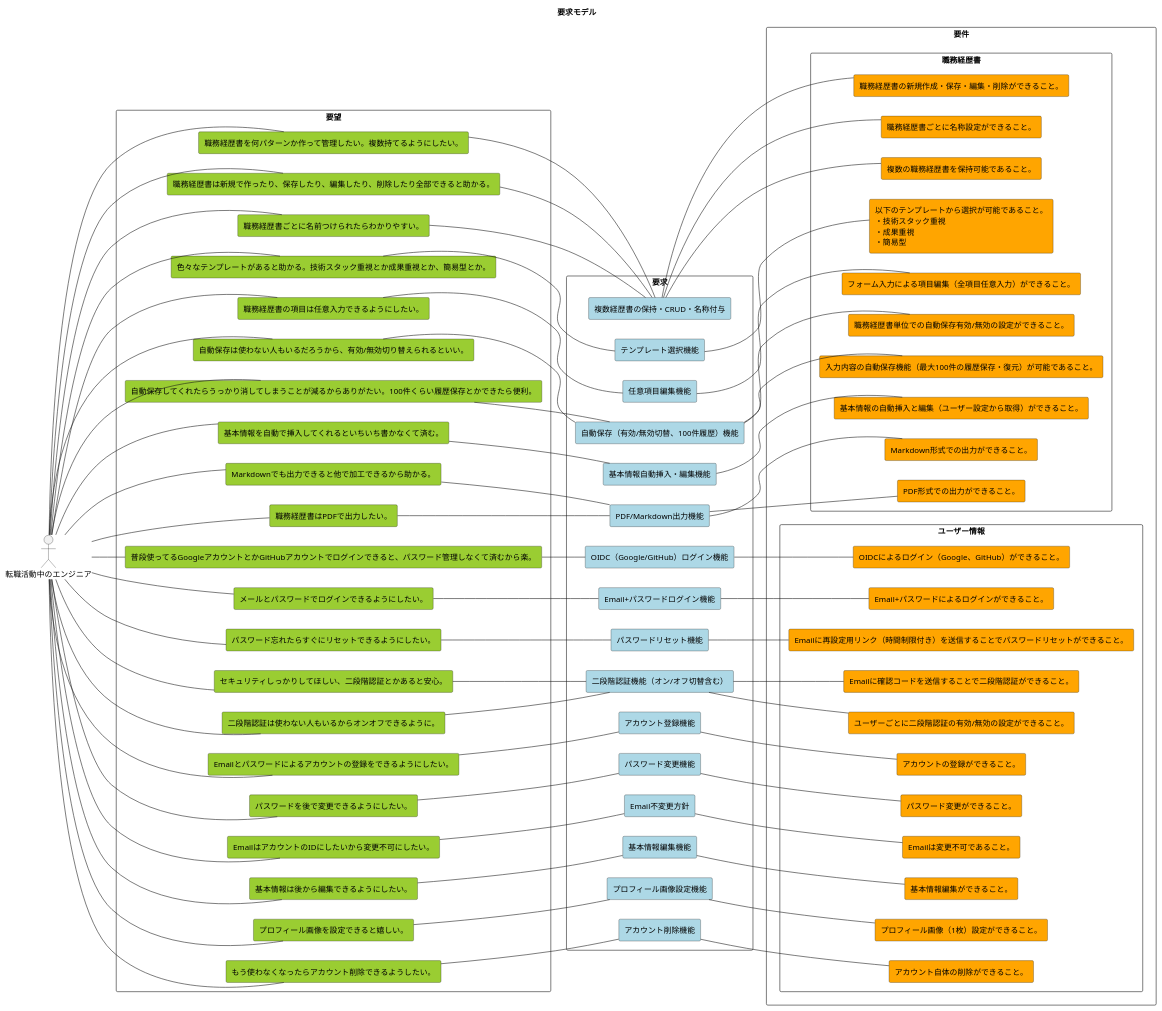
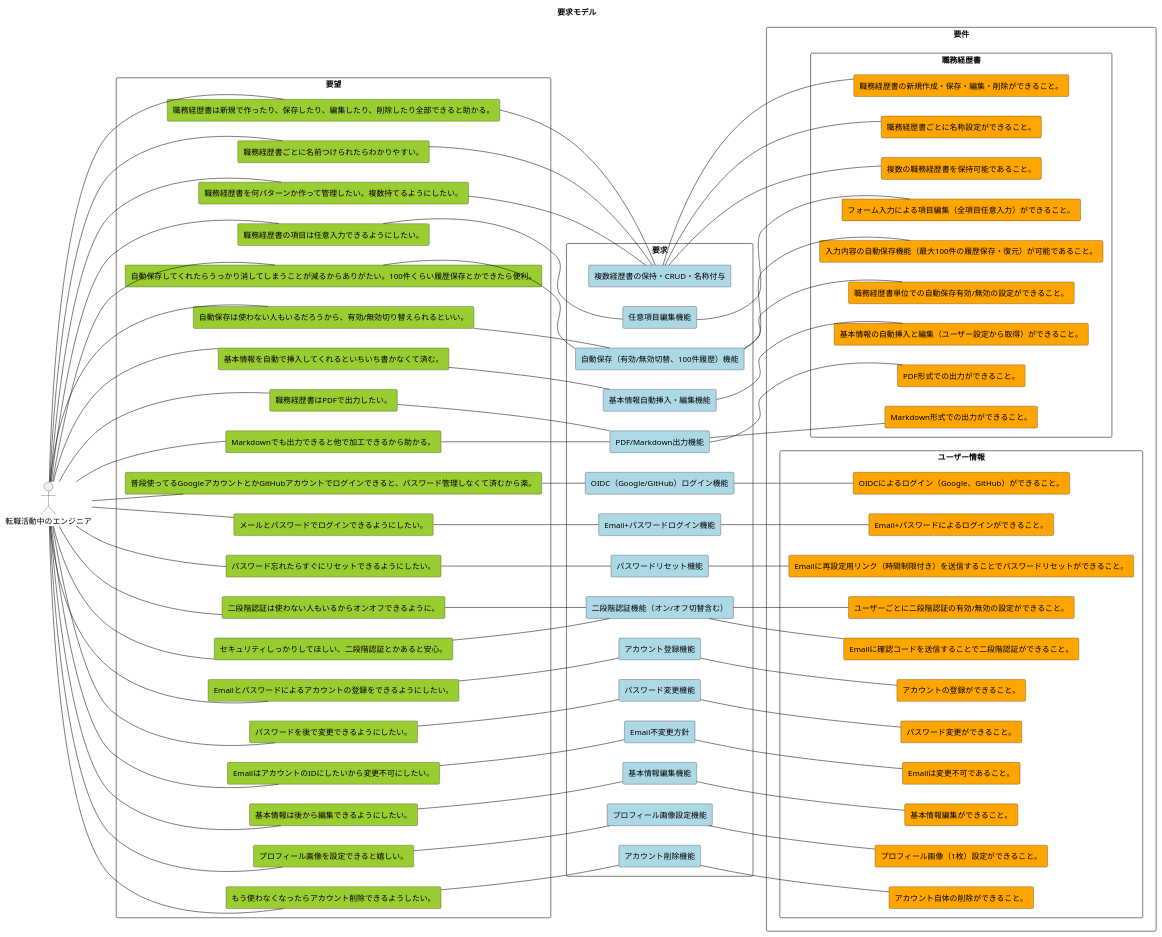
One commit to DogisRiki/KeirekiPro changed the diagram in doc/要求モデル.pu. Above: the diagram before and after it, drawn with PlantUML. The commit also changed 1 other file, not shown here.

```diff
--- a/doc/要求モデル.pu
+++ b/doc/要求モデル.pu
@@ -1,178 +1,178 @@
 @startuml 要求モデル
 
 title 要求モデル
 
 left to right direction
 hide stereotype
 
 skinparam rectangleBackgroundColor<<youbou>> YellowGreen
 skinparam rectangleBackgroundColor<<youkyuu>> LightBlue
 skinparam rectangleBackgroundColor<<youken>> Orange
 
 actor "転職活動中のエンジニア" as user
 
 '---------------------------------------------
 ' 要望
 '---------------------------------------------
 rectangle "要望" {
     rectangle "普段使ってるGoogleアカウントとかGitHubアカウントでログインできると、パスワード管理しなくて済むから楽。" as want_oauth <<youbou>>
     rectangle "メールとパスワードでログインできるようにしたい。" as want_emailpw <<youbou>>
     rectangle "パスワード忘れたらすぐにリセットできるようにしたい。" as want_pwreset <<youbou>>
     rectangle "セキュリティしっかりしてほしい、二段階認証とかあると安心。" as want_2fa <<youbou>>
 
     rectangle "職務経歴書を何パターンか作って管理したい。複数持てるようにしたい。" as want_multi_cv <<youbou>>
     rectangle "職務経歴書は新規で作ったり、保存したり、編集したり、削除したり全部できると助かる。" as want_crud_cv <<youbou>>
     rectangle "職務経歴書ごとに名前つけられたらわかりやすい。" as want_name_cv <<youbou>>
-    rectangle "色々なテンプレートがあると助かる。技術スタック重視とか成果重視とか、簡易型とか。" as want_template_cv <<youbou>>
+    ' rectangle "色々なテンプレートがあると助かる。技術スタック重視とか成果重視とか、簡易型とか。" as want_template_cv <<youbou>>
     rectangle "職務経歴書の項目は任意入力できるようにしたい。" as want_form_cv <<youbou>>
     rectangle "自動保存してくれたらうっかり消してしまうことが減るからありがたい。100件くらい履歴保存とかできたら便利。" as want_autosave_cv <<youbou>>
     rectangle "自動保存は使わない人もいるだろうから、有効/無効切り替えられるといい。" as want_autosave_toggle <<youbou>>
     rectangle "基本情報を自動で挿入してくれるといちいち書かなくて済む。" as want_basicinfo_cv <<youbou>>
     rectangle "職務経歴書はPDFで出力したい。" as want_pdf <<youbou>>
     rectangle "Markdownでも出力できると他で加工できるから助かる。" as want_md <<youbou>>
 
     rectangle "Emailとパスワードによるアカウントの登録をできるようにしたい。" as want_account_create <<youbou>>
     rectangle "パスワードを後で変更できるようにしたい。" as want_pwchange <<youbou>>
     rectangle "EmailはアカウントのIDにしたいから変更不可にしたい。" as want_noemailchange <<youbou>>
     rectangle "二段階認証は使わない人もいるからオンオフできるように。" as want_2fa_toggle <<youbou>>
     rectangle "基本情報は後から編集できるようにしたい。" as want_edit_basicinfo <<youbou>>
     rectangle "プロフィール画像を設定できると嬉しい。" as want_profileimg <<youbou>>
     rectangle "もう使わなくなったらアカウント削除できるようしたい。" as want_account_delete <<youbou>>
 }
 
 '---------------------------------------------
 ' 要求
 '---------------------------------------------
 rectangle "要求" {
 
     rectangle "Email+パスワードログイン機能" as dem_emailpw <<youkyuu>>
     rectangle "OIDC（Google/GitHub）ログイン機能" as dem_oauth <<youkyuu>>
     rectangle "パスワードリセット機能" as dem_pwreset <<youkyuu>>
     rectangle "二段階認証機能（オン/オフ切替含む）" as dem_2fa <<youkyuu>>
 
     rectangle "複数経歴書の保持・CRUD・名称付与" as dem_cv_manage <<youkyuu>>
-    rectangle "テンプレート選択機能" as dem_cv_template <<youkyuu>>
+    ' rectangle "テンプレート選択機能" as dem_cv_template <<youkyuu>>
     rectangle "任意項目編集機能" as dem_cv_form <<youkyuu>>
     rectangle "自動保存（有効/無効切替、100件履歴）機能" as dem_cv_autosave <<youkyuu>>
     rectangle "基本情報自動挿入・編集機能" as dem_cv_basicinfo <<youkyuu>>
     rectangle "PDF/Markdown出力機能" as dem_cv_export <<youkyuu>>
 
     rectangle "アカウント登録機能" as dem_account_create <<youkyuu>>
     rectangle "パスワード変更機能" as dem_pwchange <<youkyuu>>
     rectangle "Email不変更方針" as dem_noemailchange <<youkyuu>>
     rectangle "基本情報編集機能" as dem_edit_basicinfo <<youkyuu>>
     rectangle "プロフィール画像設定機能" as dem_profileimg <<youkyuu>>
     rectangle "アカウント削除機能" as dem_account_delete <<youkyuu>>
 }
 
 '---------------------------------------------
 ' 要件
 '---------------------------------------------
 rectangle "要件" {
 
     rectangle "職務経歴書" {
         rectangle "複数の職務経歴書を保持可能であること。" as req1 <<youken>>
         rectangle "職務経歴書の新規作成・保存・編集・削除ができること。" as req2 <<youken>>
         rectangle "職務経歴書ごとに名称設定ができること。" as req3 <<youken>>
-        rectangle "以下のテンプレートから選択が可能であること。\n・技術スタック重視\n・成果重視\n・簡易型" as req4 <<youken>>
+        ' rectangle "以下のテンプレートから選択が可能であること。\n・技術スタック重視\n・成果重視\n・簡易型" as req4 <<youken>>
         rectangle "フォーム入力による項目編集（全項目任意入力）ができること。" as req5 <<youken>>
         rectangle "入力内容の自動保存機能（最大100件の履歴保存・復元）が可能であること。" as req6 <<youken>>
         rectangle "職務経歴書単位での自動保存有効/無効の設定ができること。" as req7 <<youken>>
         rectangle "基本情報の自動挿入と編集（ユーザー設定から取得）ができること。" as req8 <<youken>>
         rectangle "PDF形式での出力ができること。" as req9 <<youken>>
         rectangle "Markdown形式での出力ができること。" as req10 <<youken>>
     }
 
     rectangle "ユーザー情報" {
         rectangle "Email+パスワードによるログインができること。" as req11 <<youken>>
         rectangle "OIDCによるログイン（Google、GitHub）ができること。" as req12 <<youken>>
         rectangle "Emailに再設定用リンク（時間制限付き）を送信することでパスワードリセットができること。" as req13 <<youken>>
         rectangle "Emailに確認コードを送信することで二段階認証ができること。" as req14 <<youken>>
         rectangle "ユーザーごとに二段階認証の有効/無効の設定ができること。" as req15 <<youken>>
         rectangle "アカウントの登録ができること。" as req16 <<youken>>
         rectangle "パスワード変更ができること。" as req17 <<youken>>
         rectangle "Emailは変更不可であること。" as req18 <<youken>>
         rectangle "基本情報編集ができること。" as req19 <<youken>>
         rectangle "プロフィール画像（1枚）設定ができること。" as req20 <<youken>>
         rectangle "アカウント自体の削除ができること。" as req21 <<youken>>
     }
 }
 
 '---------------------------------------------
 ' 関連線
 '---------------------------------------------
 user -- want_oauth
 user -- want_emailpw
 user -- want_pwreset
 user -- want_2fa
 user -- want_multi_cv
 user -- want_crud_cv
 user -- want_name_cv
-user -- want_template_cv
+' user -- want_template_cv
 user -- want_form_cv
 user -- want_autosave_cv
 user -- want_autosave_toggle
 user -- want_basicinfo_cv
 user -- want_pdf
 user -- want_md
 user -- want_account_create
 user -- want_pwchange
 user -- want_noemailchange
 user -- want_2fa_toggle
 user -- want_edit_basicinfo
 user -- want_profileimg
 user -- want_account_delete
 
 ' 要望 → 要求
 want_oauth -- dem_oauth
 want_emailpw -- dem_emailpw
 want_pwreset -- dem_pwreset
 want_2fa -- dem_2fa
 want_2fa_toggle -- dem_2fa
 
 want_multi_cv -- dem_cv_manage
 want_crud_cv -- dem_cv_manage
 want_name_cv -- dem_cv_manage
-want_template_cv -- dem_cv_template
+' want_template_cv -- dem_cv_template
 want_form_cv -- dem_cv_form
 want_autosave_cv -- dem_cv_autosave
 want_autosave_toggle -- dem_cv_autosave
 want_basicinfo_cv -- dem_cv_basicinfo
 want_pdf -- dem_cv_export
 want_md -- dem_cv_export
 
 want_account_create -- dem_account_create
 want_pwchange -- dem_pwchange
 want_noemailchange -- dem_noemailchange
 want_edit_basicinfo -- dem_edit_basicinfo
 want_profileimg -- dem_profileimg
 want_account_delete -- dem_account_delete
 
 ' 要求 → 要件
 dem_emailpw -- req11
 dem_oauth -- req12
 dem_pwreset -- req13
 dem_2fa -- req14
 dem_2fa -- req15
 
 dem_cv_manage -- req1
 dem_cv_manage -- req2
 dem_cv_manage -- req3
 
-dem_cv_template -- req4
+' dem_cv_template -- req4
 
 dem_cv_form -- req5
 dem_cv_autosave -- req6
 dem_cv_autosave -- req7
 dem_cv_basicinfo -- req8
 dem_cv_export -- req9
 dem_cv_export -- req10
 
 dem_account_create -- req16
 dem_pwchange -- req17
 dem_noemailchange -- req18
 dem_edit_basicinfo -- req19
 dem_profileimg -- req20
 dem_account_delete -- req21
 
 @enduml
```
